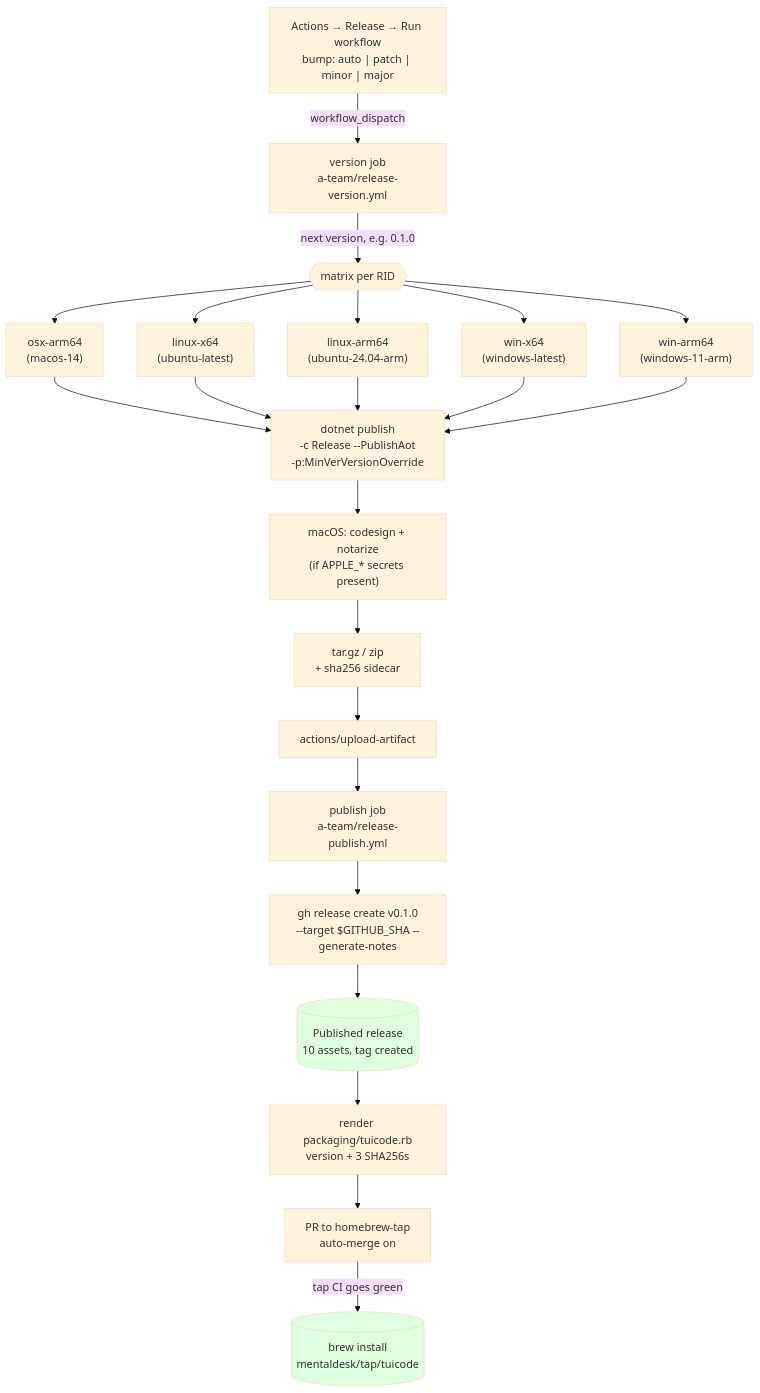
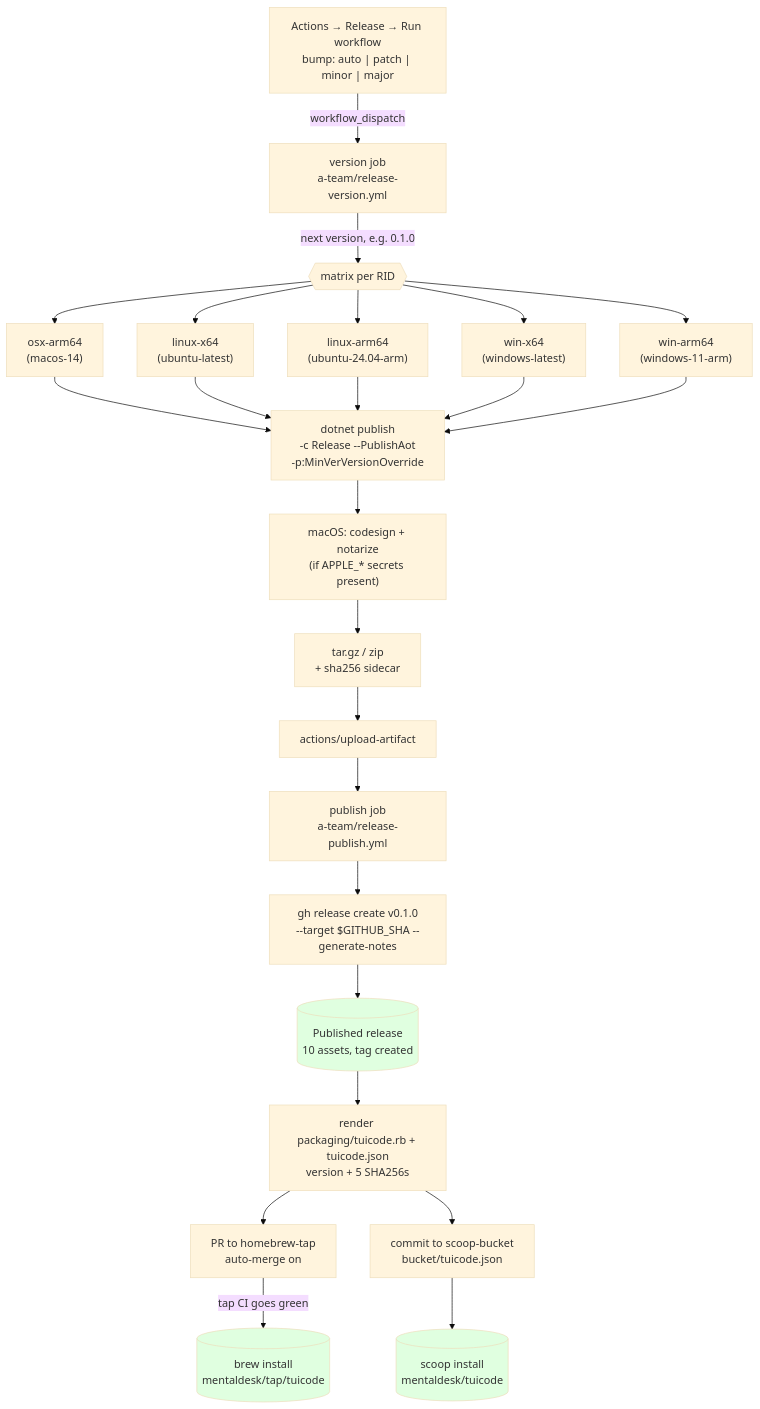
The first of 2 diagrams in CONTRIBUTING.md (mentaldesk/TuiCode), drawn with Mermaid (base theme) before and after one commit. The commit also changed other lines of this file and 4 other files, not shown here.

First line of the commit message:
Windows users get the current version from Scoop

````diff
--- a/CONTRIBUTING.md
+++ b/CONTRIBUTING.md
@@ -28,32 +28,35 @@
 ```mermaid
 flowchart TD
     Click["Actions → Release → Run workflow<br/>bump: auto | patch | minor | major"]
     Click -->|workflow_dispatch| Version["version job<br/>a-team/release-version.yml"]
     Version -->|"next version, e.g. 0.1.0"| Matrix{{"matrix per RID"}}
 
     Matrix --> A["osx-arm64<br/>(macos-14)"]
     Matrix --> B["linux-x64<br/>(ubuntu-latest)"]
     Matrix --> C["linux-arm64<br/>(ubuntu-24.04-arm)"]
     Matrix --> D["win-x64<br/>(windows-latest)"]
     Matrix --> E["win-arm64<br/>(windows-11-arm)"]
 
     A --> Publish["dotnet publish<br/>-c Release --PublishAot<br/>-p:MinVerVersionOverride"]
     B --> Publish
     C --> Publish
     D --> Publish
     E --> Publish
 
     Publish --> Sign["macOS: codesign + notarize<br/>(if APPLE_* secrets present)"]
     Sign --> Archive["tar.gz / zip<br/>+ sha256 sidecar"]
     Archive --> Upload["actions/upload-artifact"]
 
     Upload --> Pub["publish job<br/>a-team/release-publish.yml"]
     Pub --> Tag["gh release create v0.1.0<br/>--target $GITHUB_SHA --generate-notes"]
     Tag --> Public[("Published release<br/>10 assets, tag created")]
-    Public --> Render["render packaging/tuicode.rb<br/>version + 3 SHA256s"]
+    Public --> Render["render packaging/tuicode.rb + tuicode.json<br/>version + 5 SHA256s"]
     Render --> TapPR["PR to homebrew-tap<br/>auto-merge on"]
     TapPR -->|tap CI goes green| Brew[("brew install<br/>mentaldesk/tap/tuicode")]
+    Render --> Bucket["commit to scoop-bucket<br/>bucket/tuicode.json"]
+    Bucket --> Scoop[("scoop install<br/>mentaldesk/tuicode")]
 
     style Public fill:#e0ffe0
     style Brew fill:#e0ffe0
+    style Scoop fill:#e0ffe0
 ```
````
